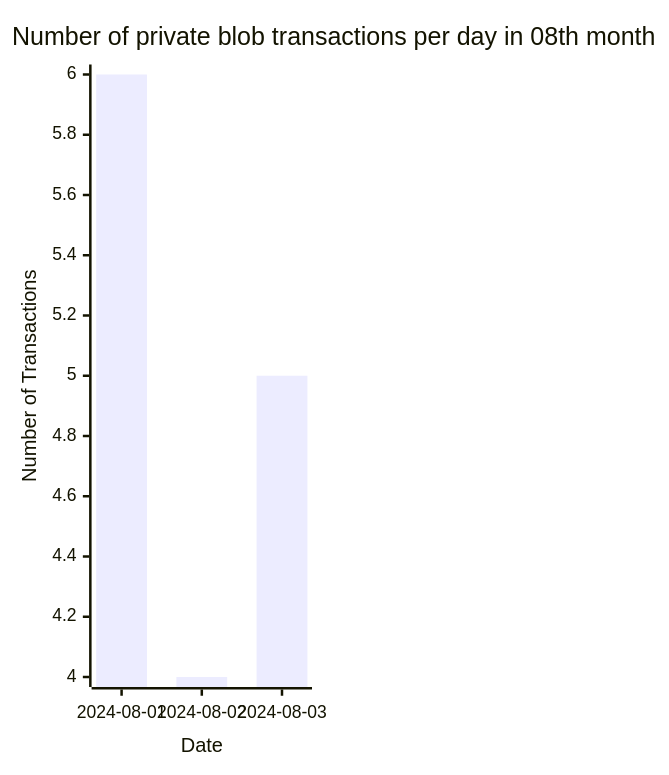
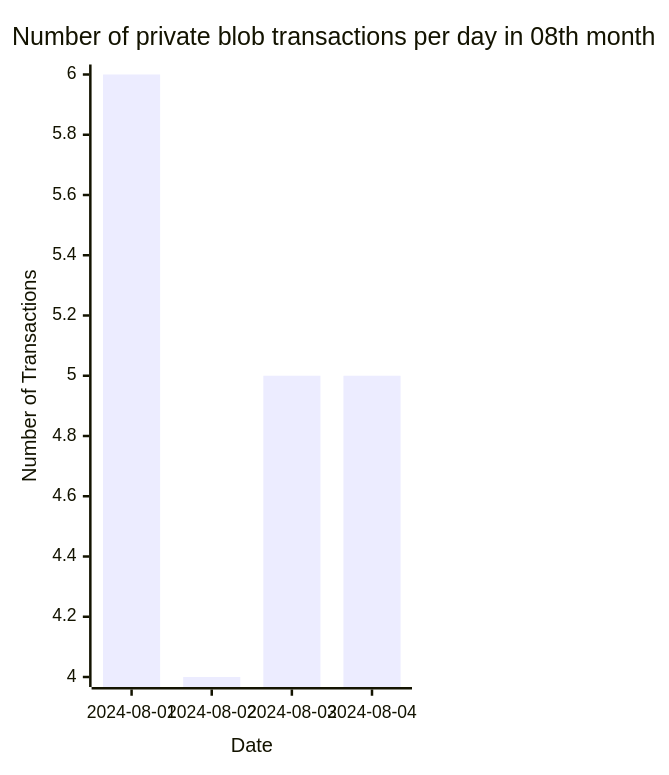
The sixth of 6 diagrams in README.md (Amit0617/eip4844-data), drawn with Mermaid before and after one commit. The commit also changed 1 other file, not shown here.

````diff
--- a/README.md
+++ b/README.md
@@ -66,12 +66,12 @@
 ```mermaid
 ---
 config:
     xyChart:
-        width: 240
+        width: 320
         height: 600
 ---
 xychart-beta title "Number of private blob transactions per day in 08th month"
-x-axis "Date" [2024-08-01,2024-08-02,2024-08-03]
+x-axis "Date" [2024-08-01,2024-08-02,2024-08-03,2024-08-04]
 y-axis "Number of Transactions"
-bar[6,4,5]
+bar[6,4,5,5]
 ```
````
